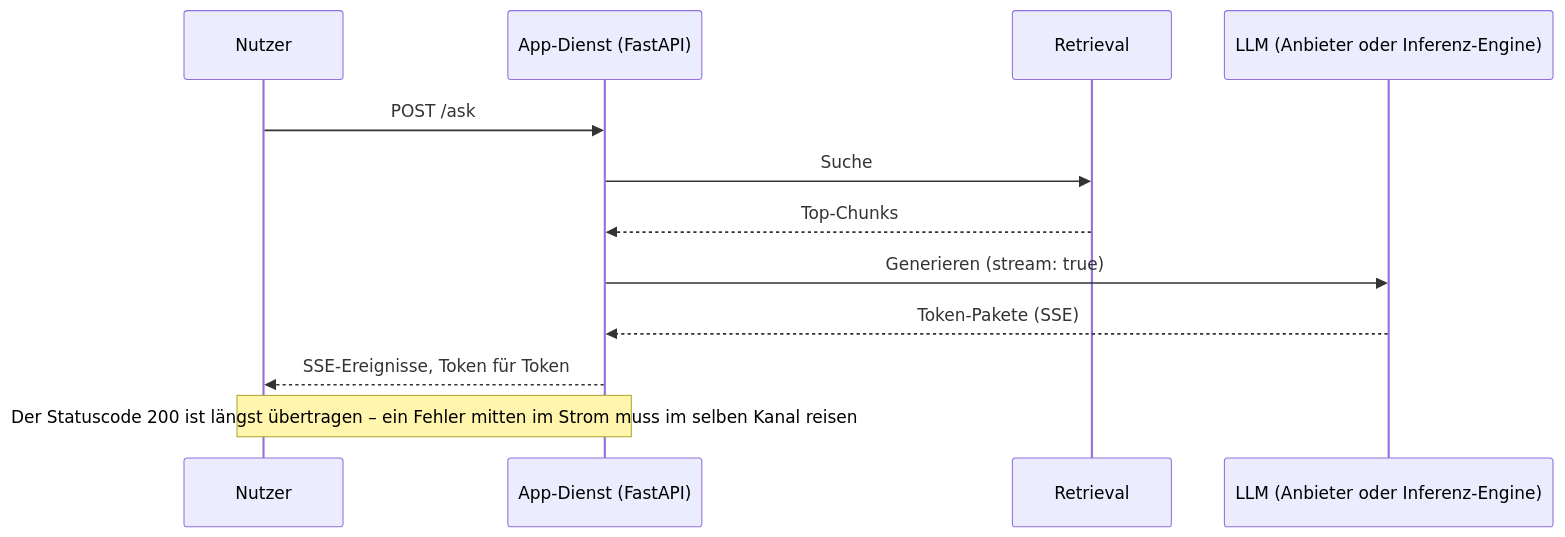
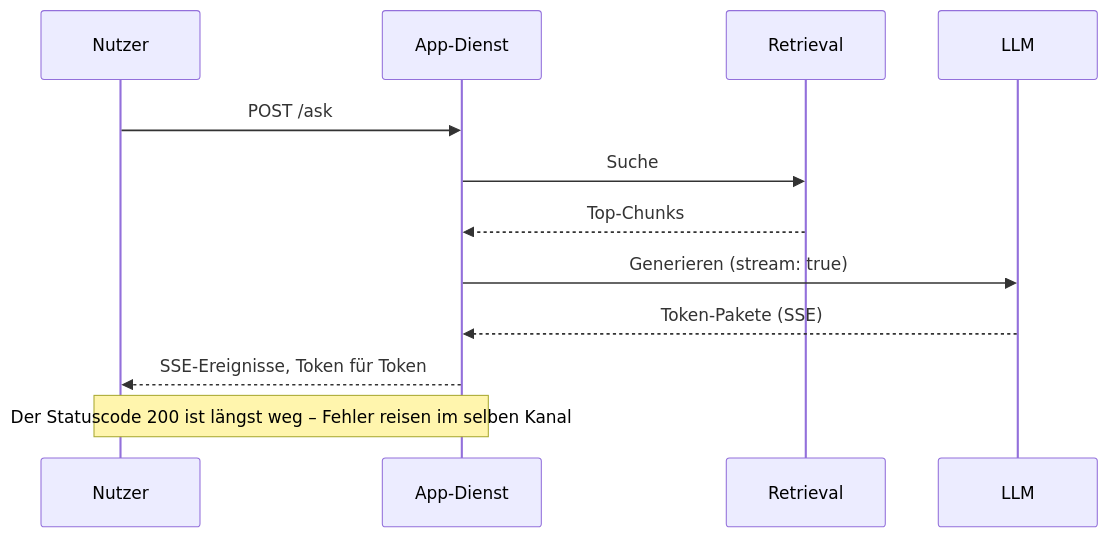
The first of 2 diagrams in i18n/de/docusaurus-plugin-content-docs/current/part-3-production/serving/index.md (NikolaiSachok/ai-engineering-handbook), drawn with Mermaid before and after one commit. The commit also changed other lines of this file and 75 other files, not shown here.

First line of the commit message:
fix(diagrams): re-author wide diagrams, and measure the three locales the gate never saw (#441)

````diff
--- a/i18n/de/docusaurus-plugin-content-docs/current/part-3-production/serving/index.md
+++ b/i18n/de/docusaurus-plugin-content-docs/current/part-3-production/serving/index.md
@@ -85,14 +85,14 @@
 ```mermaid
 sequenceDiagram
     participant U as Nutzer
-    participant S as App-Dienst (FastAPI)
+    participant S as App-Dienst
     participant R as Retrieval
-    participant M as LLM (Anbieter oder Inferenz-Engine)
+    participant M as LLM
     U->>S: POST /ask
     S->>R: Suche
     R-->>S: Top-Chunks
     S->>M: Generieren (stream: true)
     M-->>S: Token-Pakete (SSE)
     S-->>U: SSE-Ereignisse, Token für Token
-    Note over S,U: Der Statuscode 200 ist längst übertragen – ein Fehler mitten im Strom muss im selben Kanal reisen
+    Note over S,U: Der Statuscode 200 ist längst weg – Fehler reisen im selben Kanal
 ```
````
